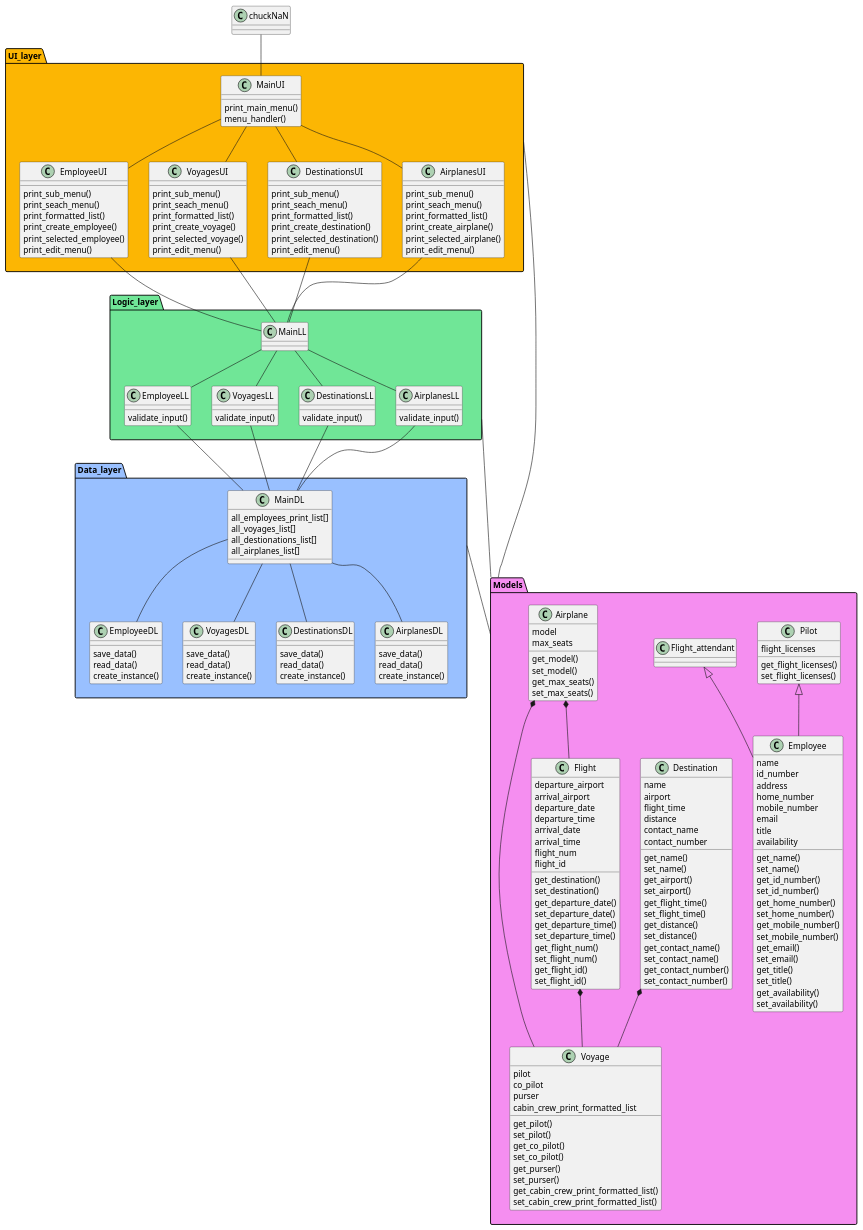
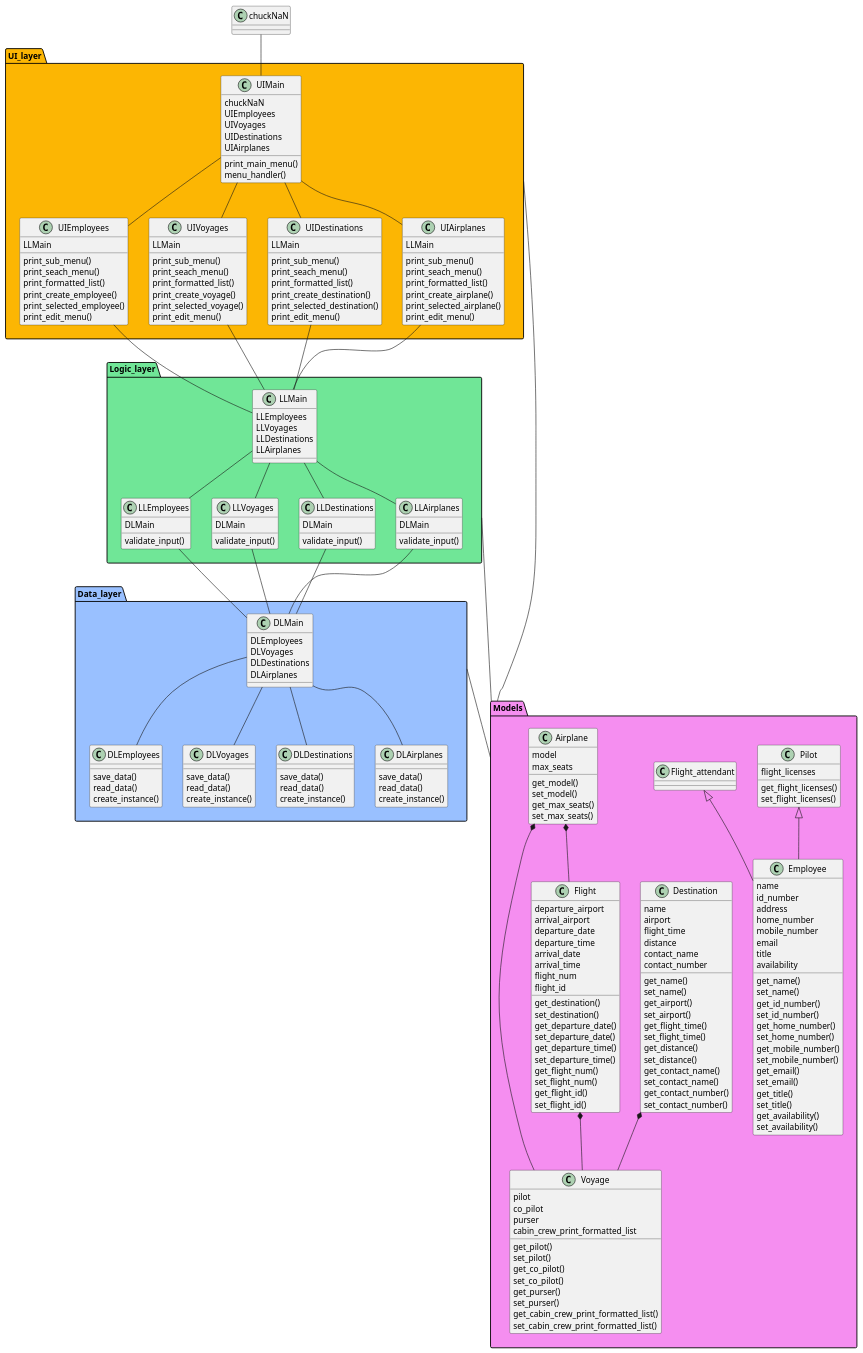
The diagram in ClassDiagram.puml (irmalexandra/vln1_chuck_nan), drawn with PlantUML before and after one commit.

Commit message:
"updated"

```diff
--- a/ClassDiagram.puml
+++ b/ClassDiagram.puml
@@ -6,13 +6,19 @@
 
 package UI_layer #fcb603 {
  
-  chuckNaN -down- MainUI
-  class MainUI{
+  chuckNaN -down- UIMain
+  class UIMain{
+    chuckNaN
+    UIEmployees
+    UIVoyages
+    UIDestinations
+    UIAirplanes
     print_main_menu()
     menu_handler()
   }
 
-  class EmployeeUI{
+  class UIEmployees{
+    LLMain
     print_sub_menu()
     print_seach_menu()
     print_formatted_list()
@@ -20,7 +26,8 @@
     print_selected_employee()
     print_edit_menu()
   }
-  class VoyagesUI{
+  class UIVoyages{
+    LLMain
     print_sub_menu()
     print_seach_menu()
     print_formatted_list()
@@ -28,7 +35,8 @@
     print_selected_voyage()
     print_edit_menu()
   }
-  class DestinationsUI{
+  class UIDestinations{
+    LLMain
     print_sub_menu()
     print_seach_menu()
     print_formatted_list()
@@ -36,7 +44,8 @@
     print_selected_destination()
     print_edit_menu()
   }
-  class AirplanesUI{
+  class UIAirplanes{
+    LLMain
     print_sub_menu()
     print_seach_menu()
     print_formatted_list()
@@ -44,92 +53,101 @@
     print_selected_airplane()
     print_edit_menu()
   }
-  MainUI -- EmployeeUI
-  MainUI -- VoyagesUI
-  MainUI -- DestinationsUI
-  MainUI -- AirplanesUI
+  UIMain -- UIEmployees
+  UIMain -- UIVoyages
+  UIMain -- UIDestinations
+  UIMain -- UIAirplanes
 }
 
 package Logic_layer #70e697 {
 
-  class MainLL{
+  class LLMain{
+    LLEmployees
+    LLVoyages
+    LLDestinations
+    LLAirplanes
+
 
   }
 
-  class EmployeeLL{
+  class LLEmployees{
+    DLMain
     validate_input()
     
   }
-  class VoyagesLL{
+  class LLVoyages{
+    DLMain
     validate_input()
     
   }
-  class DestinationsLL{
+  class LLDestinations{
+    DLMain
     validate_input()
     
   }
-  class AirplanesLL{
+  class LLAirplanes{
+    DLMain
     validate_input()
     
   }
 
-  MainLL -- EmployeeLL
-  MainLL -- VoyagesLL
-  MainLL -- DestinationsLL
-  MainLL -- AirplanesLL
+  LLMain -- LLEmployees
+  LLMain -- LLVoyages
+  LLMain -- LLDestinations
+  LLMain -- LLAirplanes
 
 }
 
 package Data_layer #99c0ff{
 
-  class MainDL{
-    all_employees_print_list[]
-    all_voyages_list[]
-    all_destionations_list[]
-    all_airplanes_list[]
+  class DLMain{
+    DLEmployees
+    DLVoyages
+    DLDestinations
+    DLAirplanes
 
   }
 
-  class EmployeeDL{
+  class DLEmployees{
     save_data()
     read_data()
     create_instance()
   }
-  class VoyagesDL{
+  class DLVoyages{
     save_data()
     read_data()
     create_instance()
     
   }
-  class DestinationsDL{
+  class DLDestinations{
     save_data()
     read_data()
     create_instance()
     
   }
-  class AirplanesDL{
+  class DLAirplanes{
     save_data()
     read_data()
     create_instance()
     
   }
 
-  MainDL -- EmployeeDL
-  MainDL -- VoyagesDL
-  MainDL -- DestinationsDL
-  MainDL -- AirplanesDL
+  DLMain -- DLEmployees
+  DLMain -- DLVoyages
+  DLMain -- DLDestinations
+  DLMain -- DLAirplanes
   
 }
 
-EmployeeUI -down- MainLL
-VoyagesUI -down- MainLL
-AirplanesUI -down- MainLL
-DestinationsUI -down- MainLL
+UIEmployees -down- LLMain
+UIVoyages -down- LLMain
+UIAirplanes -down- LLMain
+UIDestinations -down- LLMain
 
-EmployeeLL -down- MainDL
-VoyagesLL -down- MainDL
-DestinationsLL -down- MainDL
-AirplanesLL -down- MainDL
+LLEmployees -down- DLMain
+LLVoyages -down- DLMain
+LLDestinations -down- DLMain
+LLAirplanes -down- DLMain
 
 
 
```
